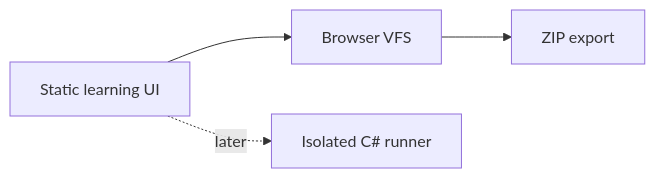
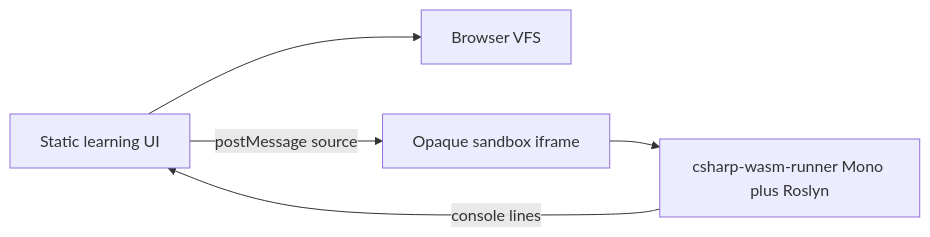
One commit to gymkathirza/C-sharp-playground changed the diagram in README.md. Above: the diagram before and after it, drawn with Mermaid. The commit also changed other lines of this file and 15 other files, not shown here.

First line of the commit message:
Add browser console Run and MIT C# editor completions.

````diff
--- a/README.md
+++ b/README.md
@@ -19,9 +19,11 @@
 ```mermaid
 flowchart LR
   UI[Static learning UI]
   VFS[Browser VFS]
-  ZIP[ZIP export]
+  SB[Opaque sandbox iframe]
+  WASM[csharp-wasm-runner Mono plus Roslyn]
   UI --> VFS
-  VFS --> ZIP
-  UI -. later .-> RUN[Isolated C# runner]
+  UI -->|postMessage source| SB
+  SB --> WASM
+  WASM -->|console lines| UI
 ```
````
